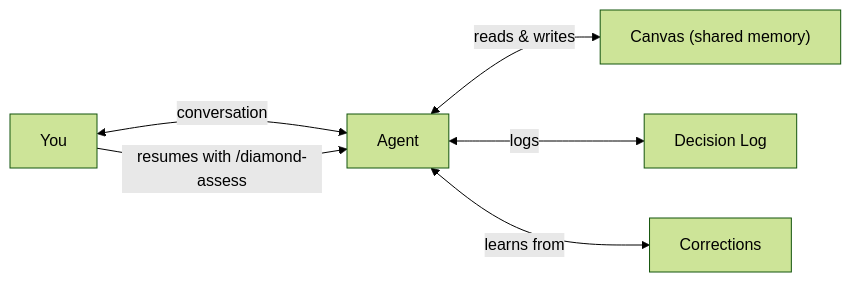
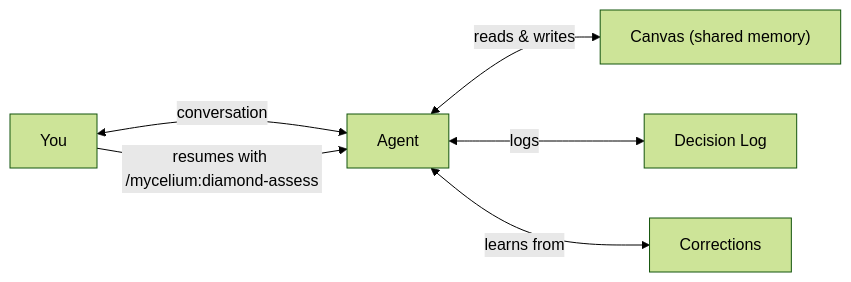
Before and after one commit to haabe/mycelium: the first of 3 diagrams in docs/usage-modes.md, drawn with Mermaid (forest theme). The commit also changed other lines of this file and 9 other files, not shown here.

````diff
--- a/docs/usage-modes.md
+++ b/docs/usage-modes.md
@@ -13,14 +13,14 @@
 ```mermaid
 graph LR
     YOU["You"]
     AGENT["Agent"]
     CANVAS["Canvas (shared memory)"]
     DECISIONS["Decision Log"]
     CORRECTIONS["Corrections"]
 
     YOU <-->|"conversation"| AGENT
     AGENT <-->|"reads & writes"| CANVAS
     AGENT <-->|"logs"| DECISIONS
     AGENT <-->|"learns from"| CORRECTIONS
-    YOU -->|"resumes with /diamond-assess"| AGENT
+    YOU -->|"resumes with /mycelium:diamond-assess"| AGENT
 ```
````
